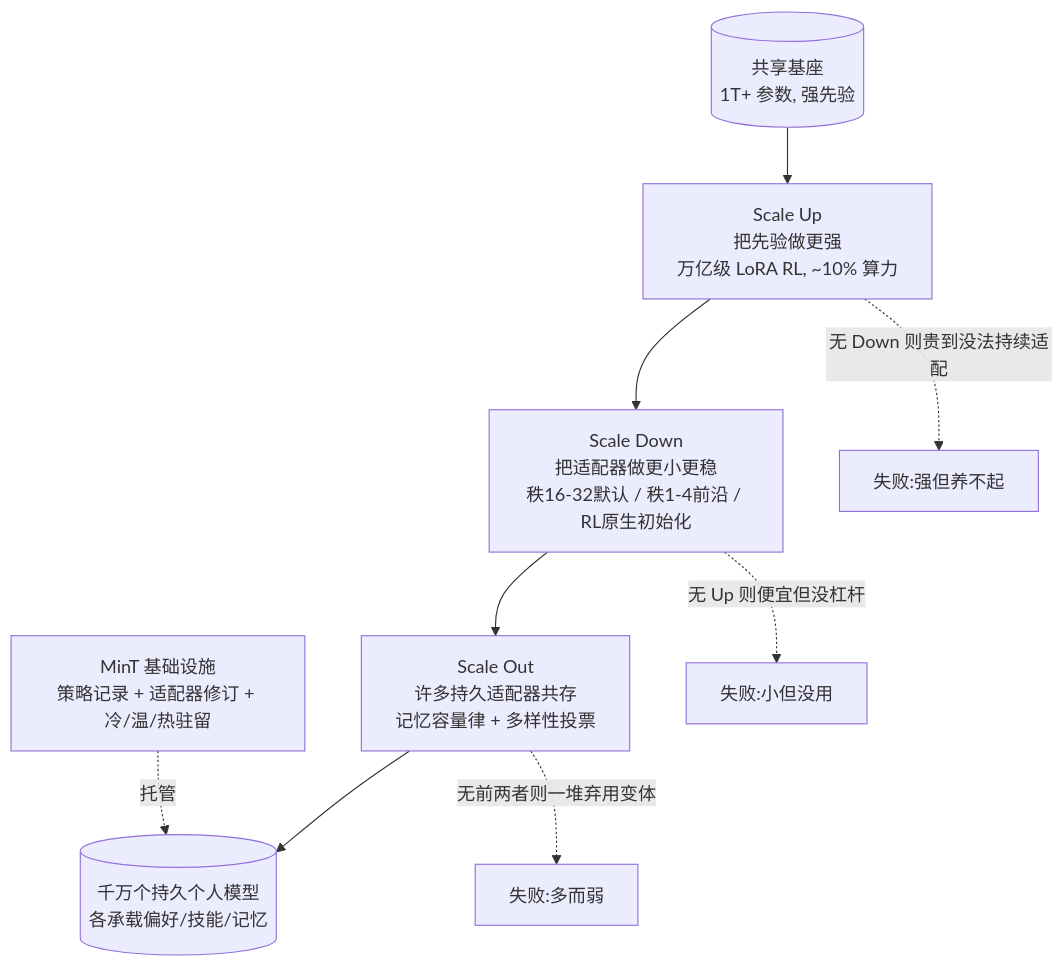
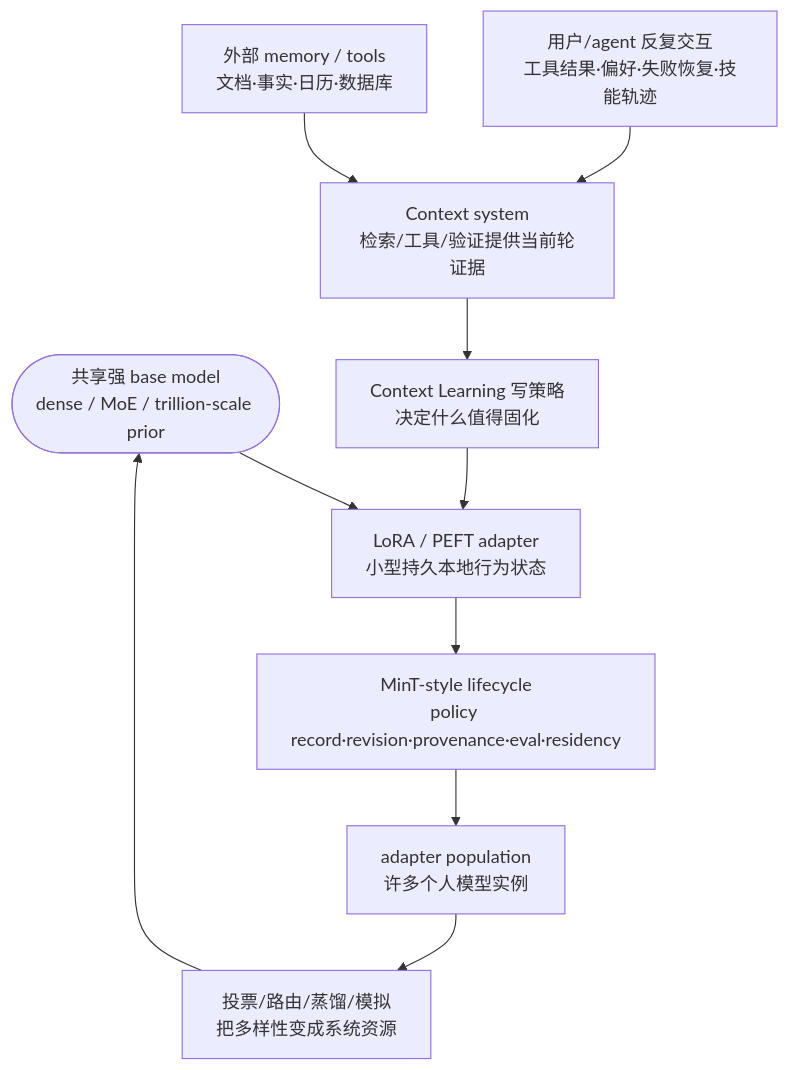
The diagram in content/papers/2606.02437-scaling-peft-million-personal-models/paper.mdx (Solvement/ai-brief-v2), drawn with Mermaid before and after one commit. The commit also changed other lines of this file and 143 other files, not shown here.

First line of the commit message:
feat(projects): 项目栏大重做 — 精英选品 + 新范式深析(Mermaid) + 满宽前端

````diff
--- a/content/papers/2606.02437-scaling-peft-million-personal-models/paper.mdx
+++ b/content/papers/2606.02437-scaling-peft-million-personal-models/paper.mdx
@@ -43,11 +44,22 @@
 ```mermaid
 flowchart TD
-  BASE[(共享基座<br/>1T+ 参数, 强先验)] --> UP[Scale Up<br/>把先验做更强<br/>万亿级 LoRA RL, ~10% 算力]
-  UP --> DOWN[Scale Down<br/>把适配器做更小更稳<br/>秩16-32默认 / 秩1-4前沿 / RL原生初始化]
-  DOWN --> OUT[Scale Out<br/>许多持久适配器共存<br/>记忆容量律 + 多样性投票]
-  OUT --> POP[(千万个持久个人模型<br/>各承载偏好/技能/记忆)]
-  MINT[MinT 基础设施<br/>策略记录 + 适配器修订 + 冷/温/热驻留] -.托管.-> POP
-  UP -.无 Down 则贵到没法持续适配.-> FAIL1[失败:强但养不起]
-  DOWN -.无 Up 则便宜但没杠杆.-> FAIL2[失败:小但没用]
-  OUT -.无前两者则一堆弃用变体.-> FAIL3[失败:多而弱]
+  BASE([共享强 base model<br/>dense / MoE / trillion-scale prior])
+  EXP[用户/agent 反复交互<br/>工具结果·偏好·失败恢复·技能轨迹]
+  EXT[外部 memory / tools<br/>文档·事实·日历·数据库]
+  CTX[Context system<br/>检索/工具/验证提供当前轮证据]
+  WRITE[Context Learning 写策略<br/>决定什么值得固化]
+  ADAPT[LoRA / PEFT adapter<br/>小型持久本地行为状态]
+  MINT[MinT-style lifecycle<br/>policy record·revision·provenance·eval·residency]
+  POP[adapter population<br/>许多个人模型实例]
+  AGG[投票/路由/蒸馏/模拟<br/>把多样性变成系统资源]
+
+  BASE --> ADAPT
+  EXP --> CTX
+  EXT --> CTX
+  CTX --> WRITE
+  WRITE --> ADAPT
+  ADAPT --> MINT
+  MINT --> POP
+  POP --> AGG
+  AGG --> BASE
 ```
````
